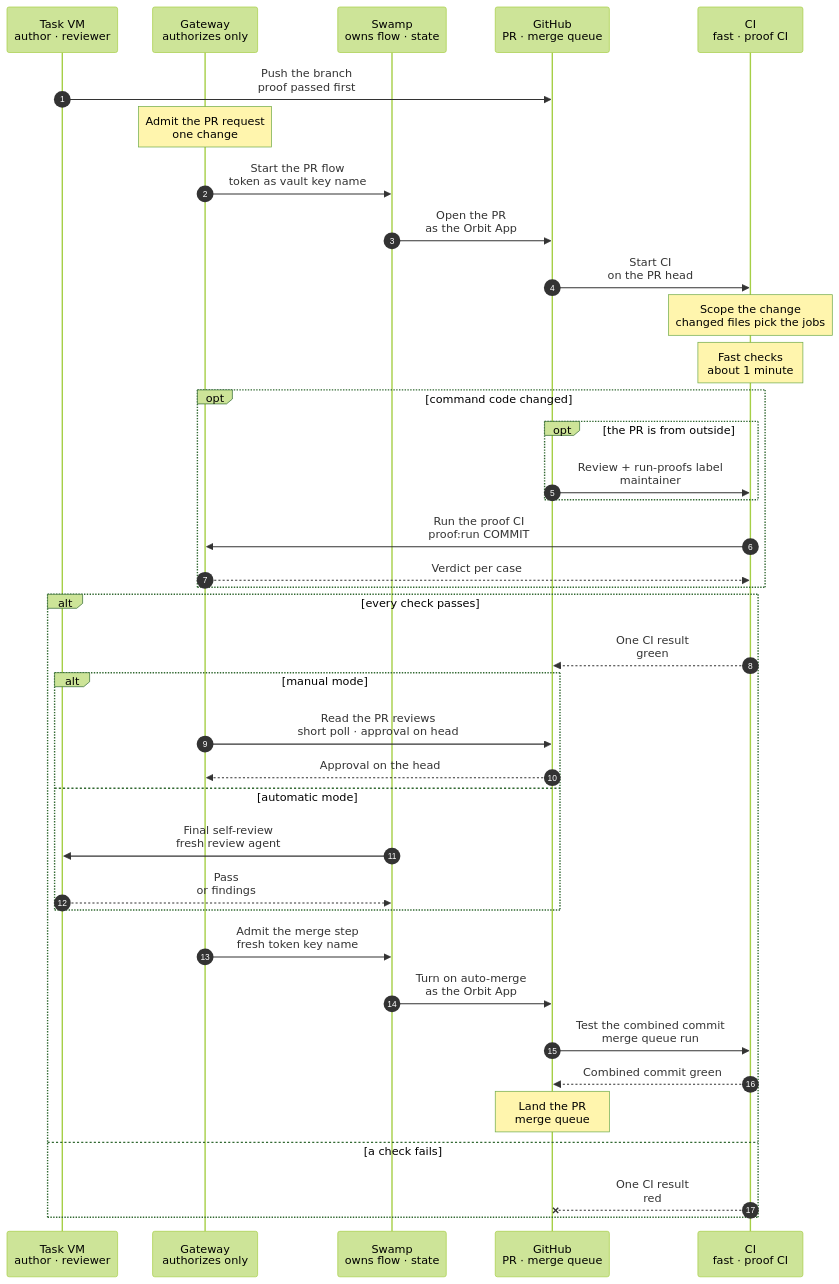
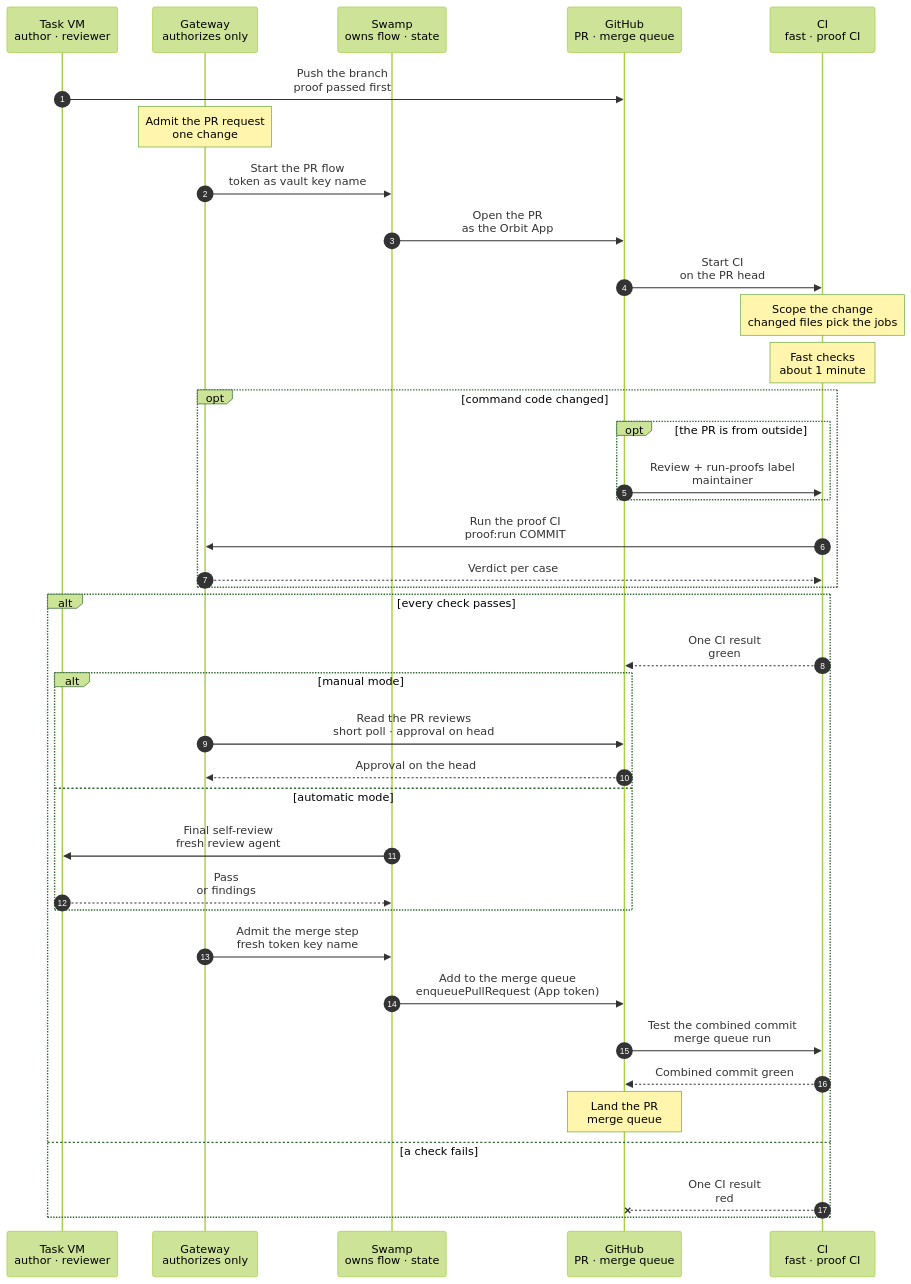
Before and after one commit to hardimpactdev/orbit: the diagram in docs/reference/pipeline/4-pr-and-ci.mmd, drawn with Mermaid (forest theme). The commit also changed 8 other files, not shown here.

First line of the commit message:
Docs: Swamp adds PRs to the merge queue with enqueuePullRequest

```diff
--- a/docs/reference/pipeline/4-pr-and-ci.mmd
+++ b/docs/reference/pipeline/4-pr-and-ci.mmd
@@ -1,106 +1,107 @@
 sequenceDiagram
-  %% Target design: stage 4 of the command development pipeline (feature-flow sections 3 and 4). There is one CI: the fast checks plus, for command code, the proof CI (proof:run for the affected commands). The merge queue requires that one CI result. Swamp opens the PR as the Orbit App and turns on auto-merge with a Gateway-minted App token; the Gateway only admits and mints.
+  %% Target design: stage 4 of the command development pipeline (feature-flow sections 3 and 4). There is one CI: the fast checks plus, for command code, the proof CI (proof:run for the affected commands). The merge queue requires that one CI result. Swamp opens the PR as the Orbit App and, once the gate has passed and CI is green, adds it to the merge queue with a Gateway-minted App token; the Gateway only admits and mints. GitHub auto-merge is not used.
   %% status: draft
   %% command: development pipeline stage 4 · PR and CI
   %% kind: pipeline.4-pr-and-ci
   autonumber
   %% lane AG icon=terminal pill=author tone=gray
   %% lane GW icon=gateway pill=intent tone=blue
   %% lane SW icon=workflow pill=executes tone=green
   %% lane GH icon=server pill=PR tone=purple
   %% lane CI icon=workflow pill=checks tone=amber
   participant AG as Task VM<br/>author · reviewer
   participant GW as Gateway<br/>authorizes only
   participant SW as Swamp<br/>owns flow · state
   participant GH as GitHub<br/>PR · merge queue
   participant CI as CI<br/>fast · proof CI
   AG->>GH: Push the branch<br/>proof passed first
   %%> Requirements:
   %%> - the cases passed on the nested fleet (stage 3)
   Note over GW: Admit the PR request<br/>one change
   %%> What it does:
   %%> - authorizes the request, records the operation, and mints a short-lived GitHub App token
   GW->>SW: Start the PR flow<br/>token as vault key name
   %%> Not built:
   %%> - the PR flow as a Swamp workflow
   SW->>GH: Open the PR<br/>as the Orbit App
   %%> What it does:
   %%> - one PR per change, with the chart, page and cases already merged for a command (stage 1)
   %%> Not built:
   %%> - PRs opened by the App; today the author opens the PR as `nckrtl`
   GH->>CI: Start CI<br/>on the PR head
   %%> What it does:
   %%> - GitHub runs `ci.yml` for the PR head; there is one CI, and the merge queue requires its one result
   Note over CI: Scope the change<br/>changed files pick the jobs
   %%> Rules:
   %%> - documentation only (`docs/`, `*.md`, charts): docs checks only, never the proof CI
   %%> - Gateway code: fast checks and the Gateway Pest suite
   %%> - web or CLI code: fast checks and that build
   %%> - command code (workflows, extensions, playbooks, roles, versions): fast checks and the proof CI
   Note over CI: Fast checks<br/>about 1 minute
   %%> What it does:
   %%> - runs the required job set `Required checks`; every main commit also builds the web artifact and `Gateway release inputs` for the release (stage 5)
   opt command code changed
     opt the PR is from outside
       GH->>CI: Review + run-proofs label<br/>maintainer
       %%> What it does:
       %%> - a maintainer approves the head and adds the label `run-proofs`; the workflow passes that head SHA to `proof:run`
       %%> Why:
       %%> - a new push removes the label; the new head needs a new approval
     end
     CI->>GW: Run the proof CI<br/>proof:run COMMIT
     %%> What it does:
     %%> - a job on the beast or shark runner passes only the full SHA and an idempotency key; it checks out nothing and chooses no cases
     %%> - the Gateway checks the commit, selects the cases and starts one Swamp run, as in the chart of `proof:run`
     %%> Not built:
     %%> - the CI job that calls `proof:run`, and the proof CI as a job of the one CI result; today the queue needs `Required checks` alone
     GW-->>CI: Verdict per case
     %%> Result:
     %%> - the job reads the operation until it ends; a missing result or a failed assertion fails the CI result
   end
   alt every check passes
     CI-->>GH: One CI result<br/>green
     %%> Result:
     %%> - the merge queue requires this one result
     alt manual mode
       GW->>GH: Read the PR reviews<br/>short poll · approval on head
       %%> What it does:
       %%> - Nick's approving review on the exact PR head is the gate; the Gateway sees it with a token that has only `pull_requests: read`
       %%> Why:
       %%> - the Gateway is private and its App receives no webhooks, so a short poll sees the approval
       %%> Not built:
       %%> - the approval-triggered continuation
       GH-->>GW: Approval on the head
     else automatic mode
       SW->>AG: Final self-review<br/>fresh review agent
       %%> What it does:
       %%> - a new review agent, which took no part in the drafts or the earlier reviews, reads the PR head and the CI result
       AG-->>SW: Pass<br/>or findings
     end
     GW->>SW: Admit the merge step<br/>fresh token key name
     %%> Why:
     %%> - a token lives one hour and an approval can take longer, so the Gateway mints a new one for this step
-    SW->>GH: Turn on auto-merge<br/>as the Orbit App
+    SW->>GH: Add to the merge queue<br/>enqueuePullRequest (App token)
     %%> What it does:
-    %%> - Swamp turns on auto-merge through GitHub's `enablePullRequestAutoMerge`, with the Gateway-minted App token passed by vault key name
-    %%> - the PR joins the merge queue
+    %%> - Swamp adds the PR to the merge queue through GitHub's `enqueuePullRequest` GraphQL mutation, with the Gateway-minted App token passed by vault key name
+    %%> - the Orbit App, through this Swamp step, decides whether the PR may merge; the PR's CI is already green and the gate has passed
     %%> History:
-    %%> - GitHub ignores auto-merge turned on with the built-in Actions token, so #2550 removed that workflow; an App token is different
+    %%> - GitHub auto-merge is no longer used
     %%> Not built:
-    %%> - Swamp turning on auto-merge; App-enabled auto-merge still has to be proven to join the queue; today the author runs `gh pr merge --auto` as `nckrtl`
+    %%> - Swamp adding the PR to the merge queue; today the author runs `gh pr merge --auto` as `nckrtl` (the interim)
+    %%> - the repository's auto-merge setting is switched off once Swamp enqueues PRs
     GH->>CI: Test the combined commit<br/>merge queue run
     %%> What it does:
     %%> - the queue builds the PR on top of the newest main and runs the same selection rule
     %%> - a batch needs the proof CI only for PRs that change command code
     CI-->>GH: Combined commit green
     %%> Result:
     %%> - the queue run tested the exact commit it now puts on main
     Note over GH: Land the PR<br/>merge queue
     %%> Result:
     %%> - the commit is on main; the Gateway release (stage 5) finds it
   else a check fails
     CI--xGH: One CI result<br/>red
     %%> Result:
     %%> - the PR stays out of the queue; the author fixes and pushes again, and the gate starts again on the new head
     %%> - a red combined commit removes the PR from the queue
   end
```
